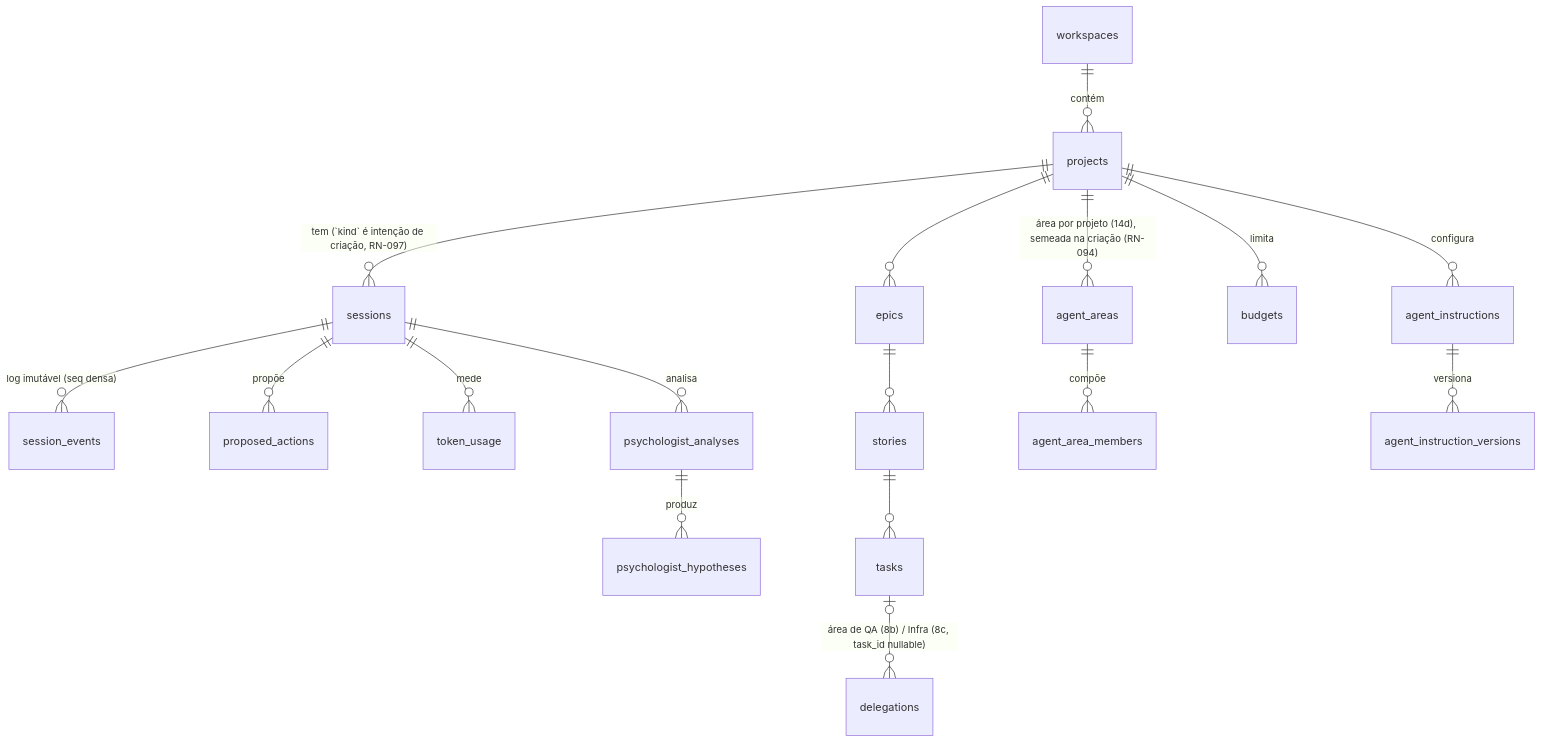
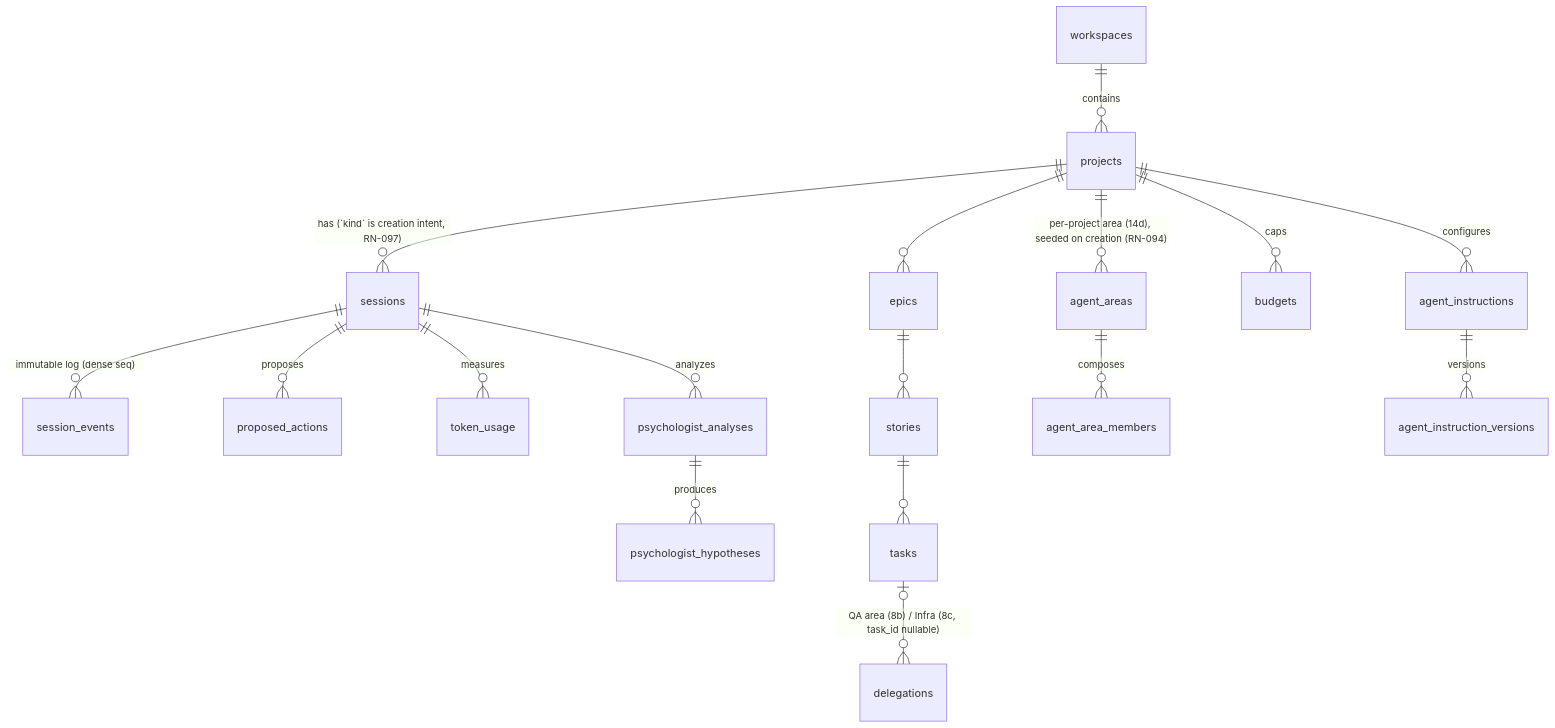
One commit to daneiel/brabo changed the third of 3 diagrams in docs/architecture.md. Above: the diagram before and after it, drawn with Mermaid. The commit also changed other lines of this file and 303 other files, not shown here.

````diff
--- a/docs/architecture.md
+++ b/docs/architecture.md
@@ -445,19 +468,19 @@
 ```mermaid
 erDiagram
-  workspaces ||--o{ projects : contém
-  projects ||--o{ sessions : "tem (`kind` é intenção de criação, RN-097)"
-  sessions ||--o{ session_events : "log imutável (seq densa)"
-  sessions ||--o{ proposed_actions : propõe
+  workspaces ||--o{ projects : contains
+  projects ||--o{ sessions : "has (`kind` is creation intent, RN-097)"
+  sessions ||--o{ session_events : "immutable log (dense seq)"
+  sessions ||--o{ proposed_actions : proposes
   projects ||--o{ epics : ""
   epics ||--o{ stories : ""
   stories ||--o{ tasks : ""
-  tasks |o--o{ delegations : "área de QA (8b) / Infra (8c, task_id nullable)"
-  projects ||--o{ agent_areas : "área por projeto (14d), semeada na criação (RN-094)"
-  agent_areas ||--o{ agent_area_members : compõe
-  projects ||--o{ budgets : limita
-  sessions ||--o{ token_usage : mede
-  projects ||--o{ agent_instructions : configura
-  agent_instructions ||--o{ agent_instruction_versions : versiona
-  sessions ||--o{ psychologist_analyses : analisa
-  psychologist_analyses ||--o{ psychologist_hypotheses : produz
+  tasks |o--o{ delegations : "QA area (8b) / Infra (8c, task_id nullable)"
+  projects ||--o{ agent_areas : "per-project area (14d), seeded on creation (RN-094)"
+  agent_areas ||--o{ agent_area_members : composes
+  projects ||--o{ budgets : caps
+  sessions ||--o{ token_usage : measures
+  projects ||--o{ agent_instructions : configures
+  agent_instructions ||--o{ agent_instruction_versions : versions
+  sessions ||--o{ psychologist_analyses : analyzes
+  psychologist_analyses ||--o{ psychologist_hypotheses : produces
 ```
````
